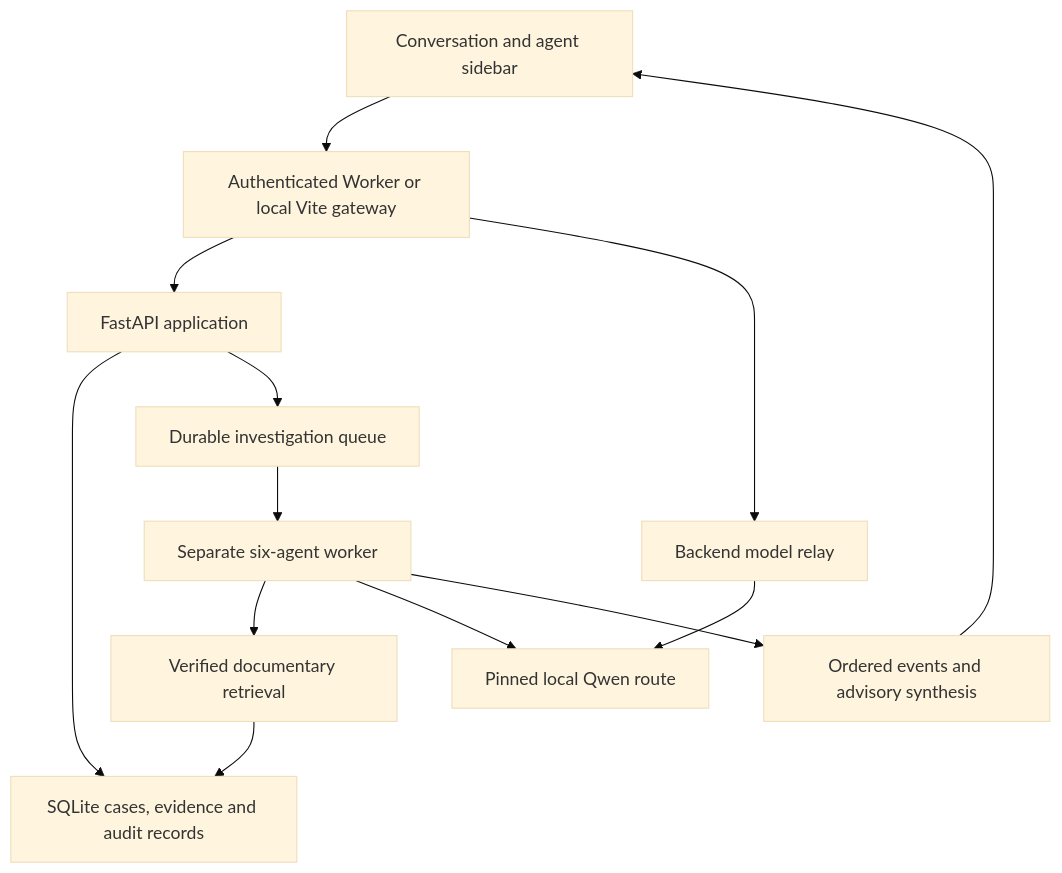
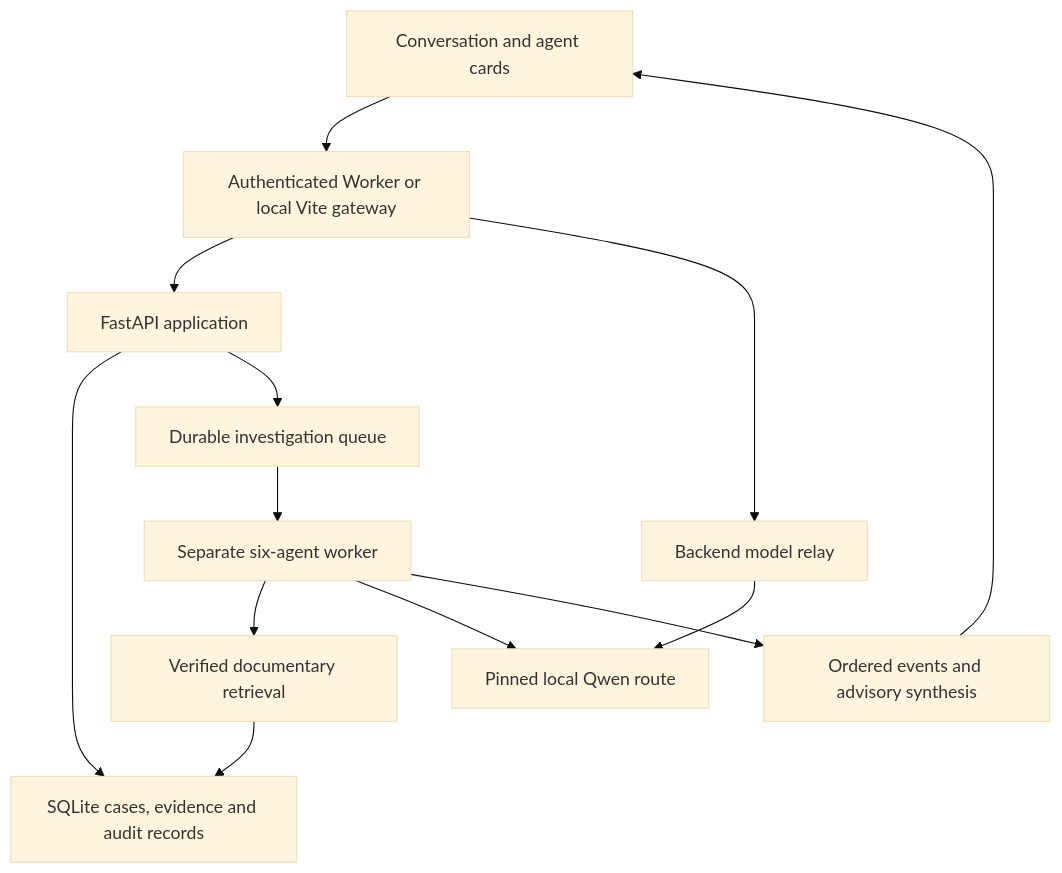
The diagram in README.md (HR-Presents/Unicron), drawn with Mermaid (base theme) before and after one commit. The commit also changed other lines of this file and 9 other files, not shown here.

Commit message:
Replace agent sidebar with explained cards and add rigorous live integration verification

````diff
--- a/README.md
+++ b/README.md
@@ -68,15 +68,15 @@
 ```mermaid
 flowchart TD
-    A[Conversation and agent sidebar] --> B[Authenticated Worker or local Vite gateway]
+    A[Conversation and agent cards] --> B[Authenticated Worker or local Vite gateway]
     B --> C[FastAPI application]
     C --> D[SQLite cases, evidence and audit records]
     C --> E[Durable investigation queue]
     E --> F[Separate six-agent worker]
     F --> G[Verified documentary retrieval]
     F --> H[Pinned local Qwen route]
     G --> D
     F --> I[Ordered events and advisory synthesis]
     I --> A
     B --> J[Backend model relay]
     J --> H
 ```
````
